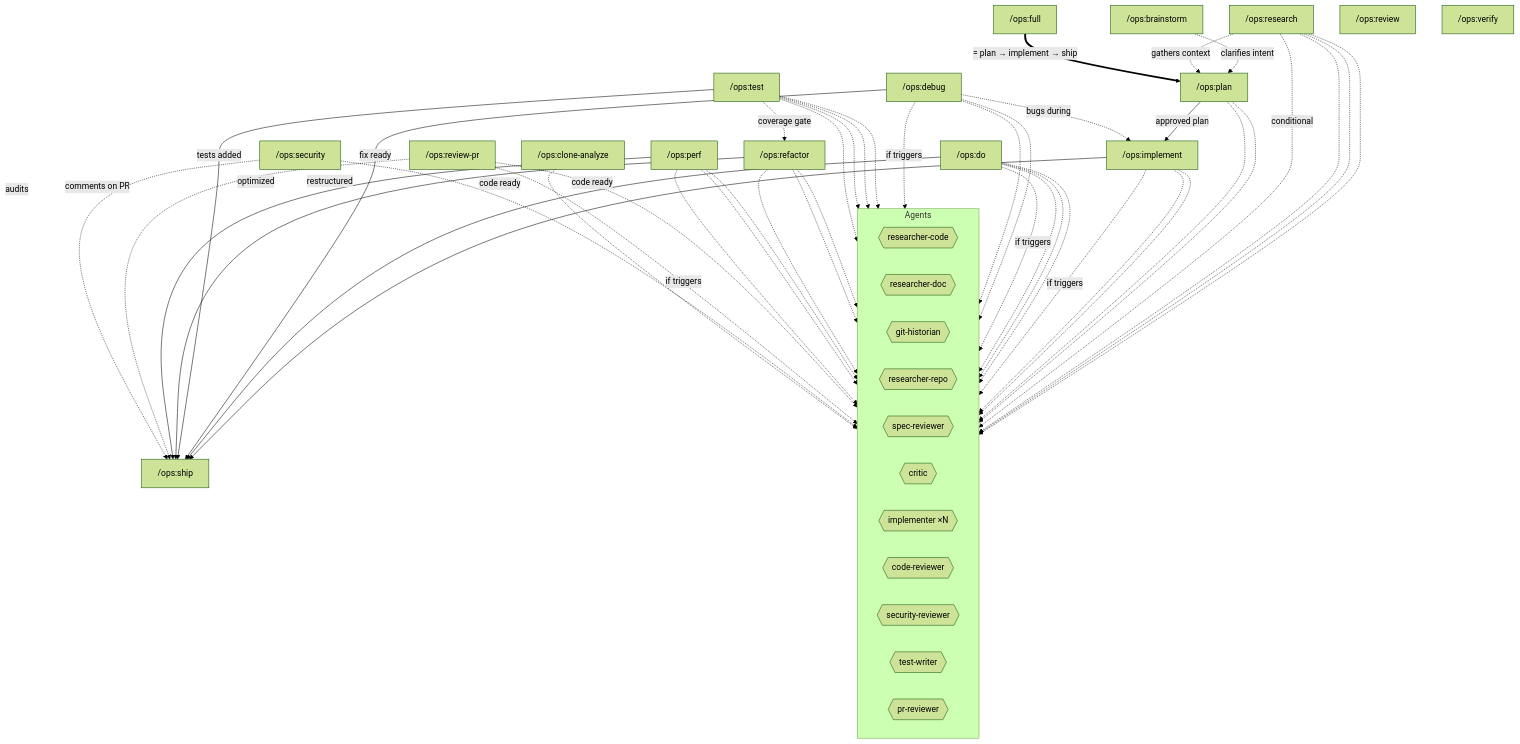
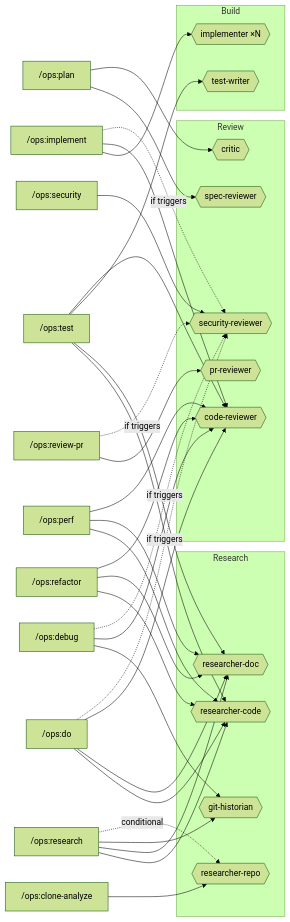
One commit to gigi206/ops changed the second of 14 diagrams in README.md. Above: the diagram before and after it, drawn with Mermaid (forest theme). The commit also changed other lines of this file and 2 other files, not shown here.

First line of the commit message:
fix: add hard gates for validation, code-quality, security triage, YAGNI, and research dispatch

````diff
--- a/README.md
+++ b/README.md
@@ -37,67 +79,56 @@
 ```mermaid
-flowchart TD
-    %% ─── Pre-work ───
-    brainstorm["/ops:brainstorm"] -.->|clarifies intent| plan
-    research["/ops:research"] -.->|gathers context| plan
+flowchart LR
+    %% ─── Skills ───
+    research["/ops:research"]
+    plan["/ops:plan"]
+    implement["/ops:implement"]
+    do["/ops:do"]
+    debug["/ops:debug"]
+    test["/ops:test"]
+    refactor["/ops:refactor"]
+    perf["/ops:perf"]
+    review-pr["/ops:review-pr"]
+    security["/ops:security"]
+    clone-analyze["/ops:clone-analyze"]
 
-    %% ─── Main pipeline ───
-    plan["/ops:plan"] -->|approved plan| implement["/ops:implement"]
-    implement -->|code ready| ship["/ops:ship"]
-
-    %% ─── Full chains the main pipeline ───
-    full["/ops:full"] ==>|"= plan → implement → ship"| plan
-
-    %% ─── Alternatives ───
-    do["/ops:do"] -->|code ready| ship
-    debug["/ops:debug"] -->|fix ready| ship
-    debug -.->|bugs during| implement
-
-    %% ─── Testing, refactoring, perf ───
-    test["/ops:test"] -->|tests added| ship
-    test -.->|coverage gate| refactor
-    refactor["/ops:refactor"] -->|restructured| ship
-    perf["/ops:perf"] -->|optimized| ship
-
-    %% ─── Reviews & audits ───
-    review-pr["/ops:review-pr"] -.->|comments on PR| ship
-    security["/ops:security"] -.->|audits| ship
-
-    %% ─── Standalone (no workflow edges) ───
-    clone-analyze["/ops:clone-analyze"]
-    review["/ops:review"]
-    verify["/ops:verify"]
-
-    %% ─── Agents ───
-    subgraph agents[" Agents "]
-        direction LR
+    %% ─── Research agents ───
+    subgraph research_agents["Research"]
         rc{{"researcher-code"}}
         rd{{"researcher-doc"}}
         gh{{"git-historian"}}
         rr{{"researcher-repo"}}
+    end
+
+    %% ─── Review agents ───
+    subgraph review_agents["Review"]
         sr{{"spec-reviewer"}}
         cr{{"critic"}}
-        imp{{"implementer ×N"}}
         codrev{{"code-reviewer"}}
         secrev{{"security-reviewer"}}
-        tw{{"test-writer"}}
         prrev{{"pr-reviewer"}}
     end
 
-    %% ─── Agent dispatch ───
-    research -.-> rc & rd & gh
+    %% ─── Build agents ───
+    subgraph build_agents["Build"]
+        imp{{"implementer ×N"}}
+        tw{{"test-writer"}}
+    end
+
+    %% ─── Dispatch ───
+    research --> rc & rd & gh
     research -.->|conditional| rr
-    plan -.-> sr & cr
-    implement -.-> imp & codrev
+    plan --> sr & cr
+    implement --> imp & codrev
     implement -.->|if triggers| secrev
-    do -.-> rc & rd & codrev
+    do --> rc & rd & codrev
     do -.->|if triggers| secrev
-    debug -.-> gh & codrev
+    debug --> gh & codrev
     debug -.->|if triggers| secrev
-    test -.-> rc & rd & tw & codrev
-    refactor -.-> rc & rd & codrev
-    perf -.-> rc & rd & codrev
-    review-pr -.-> prrev
+    test --> rc & rd & tw & codrev
+    refactor --> rc & rd & codrev
+    perf --> rc & rd & codrev
+    review-pr --> prrev
     review-pr -.->|if triggers| secrev
-    security -.-> secrev
-    clone-analyze -.-> rr
+    security --> secrev
+    clone-analyze --> rr
 ```
````
